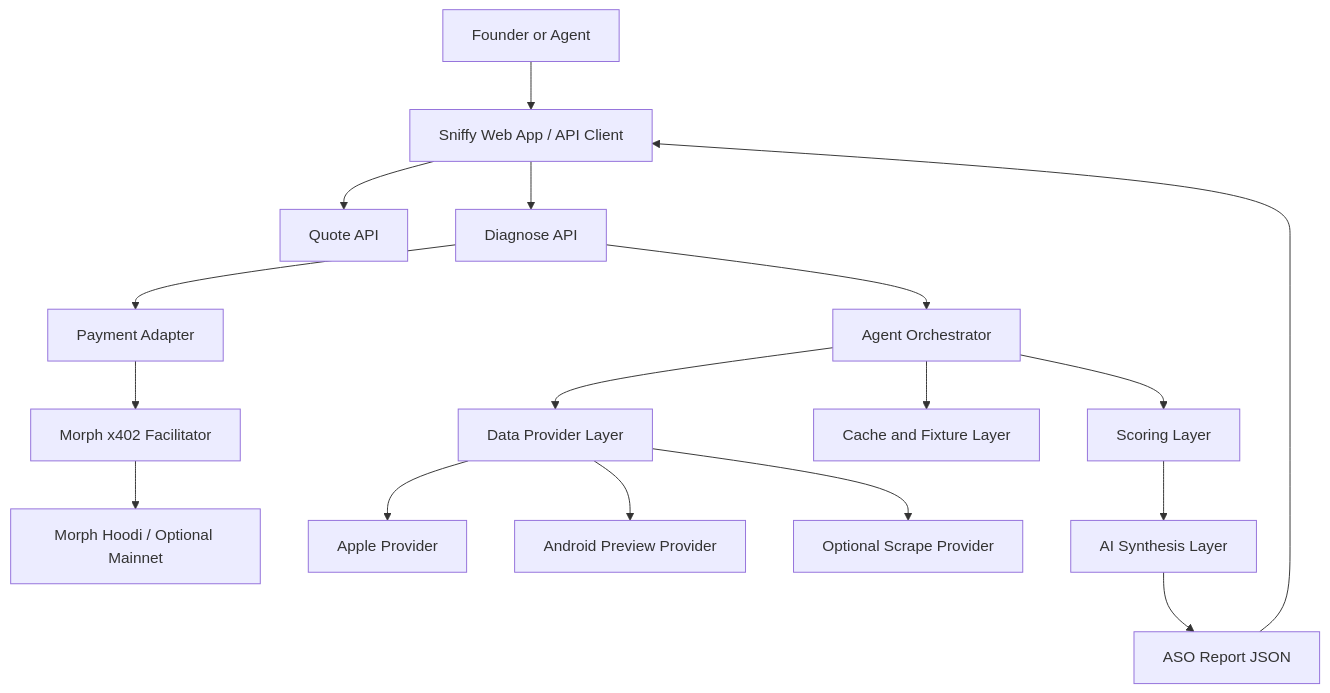
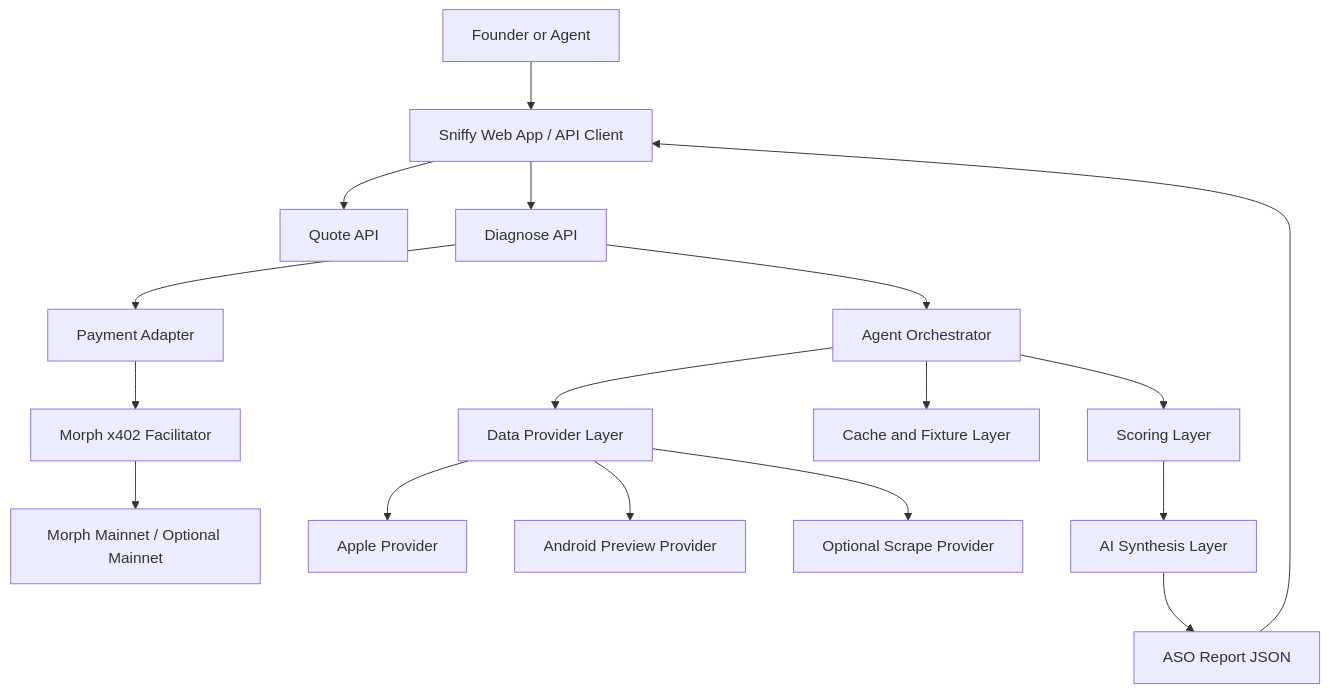
One commit to TheoInTech/asosniffy-com changed the diagram in PLAN.md. Above: the diagram before and after it, drawn with Mermaid. The commit also changed other lines of this file and 52 other files, not shown here.

````diff
--- a/PLAN.md
+++ b/PLAN.md
@@ -567,19 +586,19 @@
 ```mermaid
 flowchart TD
   A["Founder or Agent"] --> B["Sniffy Web App / API Client"]
   B --> C["Quote API"]
   B --> D["Diagnose API"]
   D --> E["Payment Adapter"]
   E --> F["Morph x402 Facilitator"]
-  F --> G["Morph Hoodi / Optional Mainnet"]
+  F --> G["Morph Mainnet / Optional Mainnet"]
   D --> H["Agent Orchestrator"]
   H --> I["Data Provider Layer"]
   I --> J["Apple Provider"]
   I --> K["Android Preview Provider"]
   I --> L["Optional Scrape Provider"]
   H --> M["Cache and Fixture Layer"]
   H --> N["Scoring Layer"]
   N --> O["AI Synthesis Layer"]
   O --> P["ASO Report JSON"]
   P --> B
 ```
````
